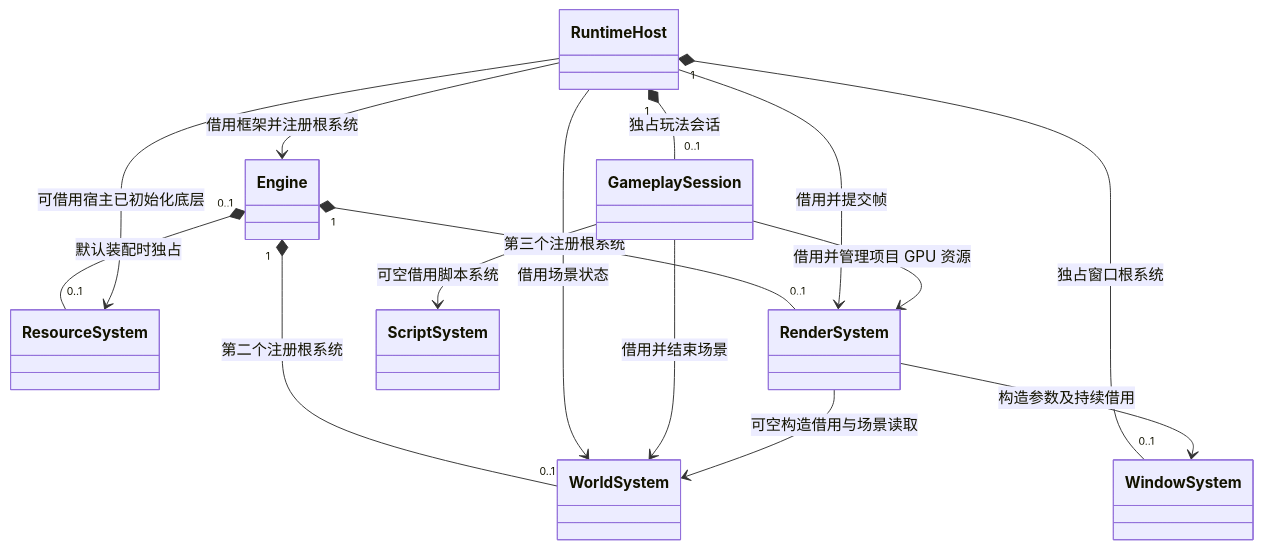
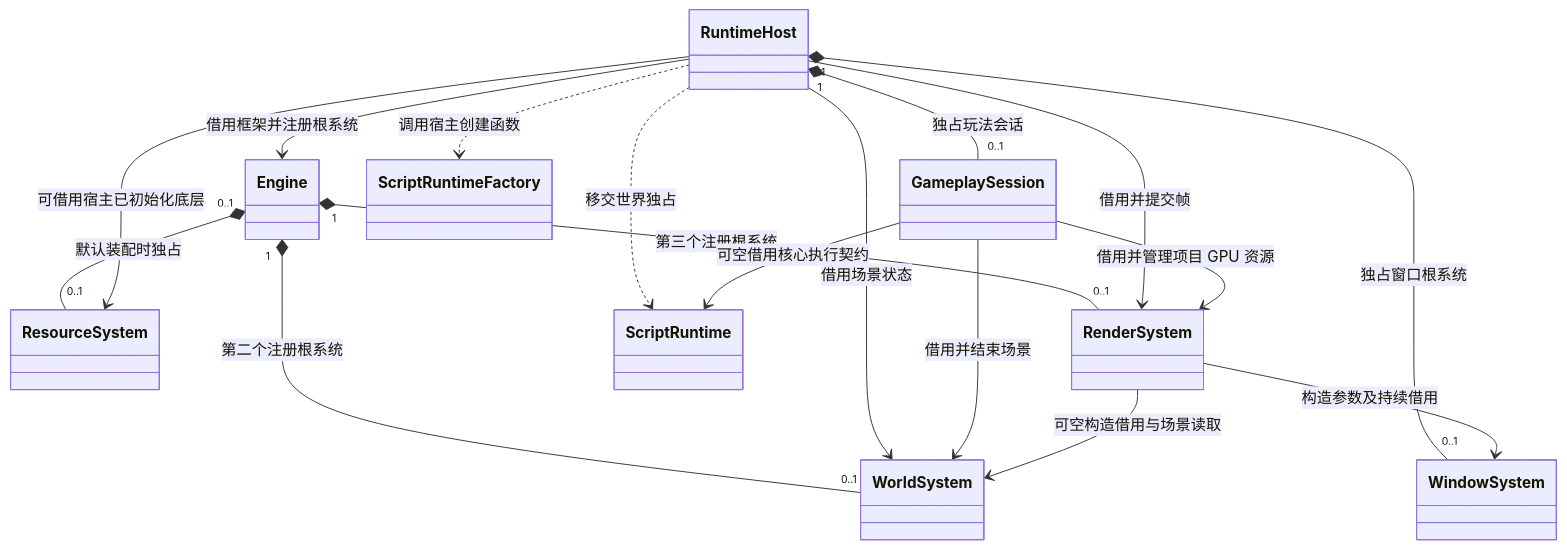
The third of 30 diagrams in docs/class-diagrams/references.md (lcals/Engine), drawn with Mermaid before and after one commit. The commit also changed other lines of this file and 188 other files, not shown here.

````diff
--- a/docs/class-diagrams/references.md
+++ b/docs/class-diagrams/references.md
@@ -70,26 +70,29 @@
 ```mermaid
 classDiagram
     direction TB
     class Engine
     class WindowSystem
     class ResourceSystem
     class WorldSystem
     class RenderSystem
-    class ScriptSystem
+    class ScriptRuntime
     class RuntimeHost
     class GameplaySession
+    class ScriptRuntimeFactory
     RuntimeHost --> Engine : 借用框架并注册根系统
     RuntimeHost "1" *-- "0..1" WindowSystem : 独占窗口根系统
     RuntimeHost "1" *-- "0..1" GameplaySession : 独占玩法会话
     Engine "0..1" *-- "0..1" ResourceSystem : 默认装配时独占
     RuntimeHost --> ResourceSystem : 可借用宿主已初始化底层
     Engine "1" *-- "0..1" WorldSystem : 第二个注册根系统
     Engine "1" *-- "0..1" RenderSystem : 第三个注册根系统
     RuntimeHost --> RenderSystem : 借用并提交帧
     RuntimeHost --> WorldSystem : 借用场景状态
-    GameplaySession --> ScriptSystem : 可空借用脚本系统
+    RuntimeHost ..> ScriptRuntimeFactory : 调用宿主创建函数
+    RuntimeHost ..> ScriptRuntime : 移交世界独占
+    GameplaySession --> ScriptRuntime : 可空借用核心执行契约
     GameplaySession --> WorldSystem : 借用并结束场景
     GameplaySession --> RenderSystem : 借用并管理项目 GPU 资源
     RenderSystem --> WindowSystem : 构造参数及持续借用
     RenderSystem --> WorldSystem : 可空构造借用与场景读取
 ```
````
